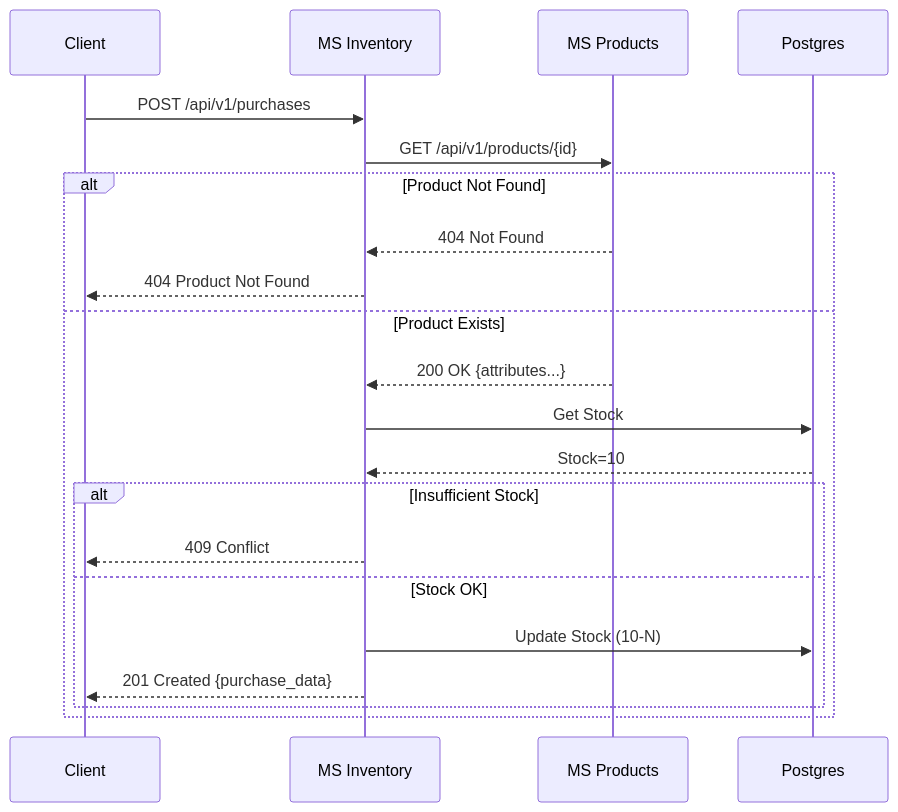
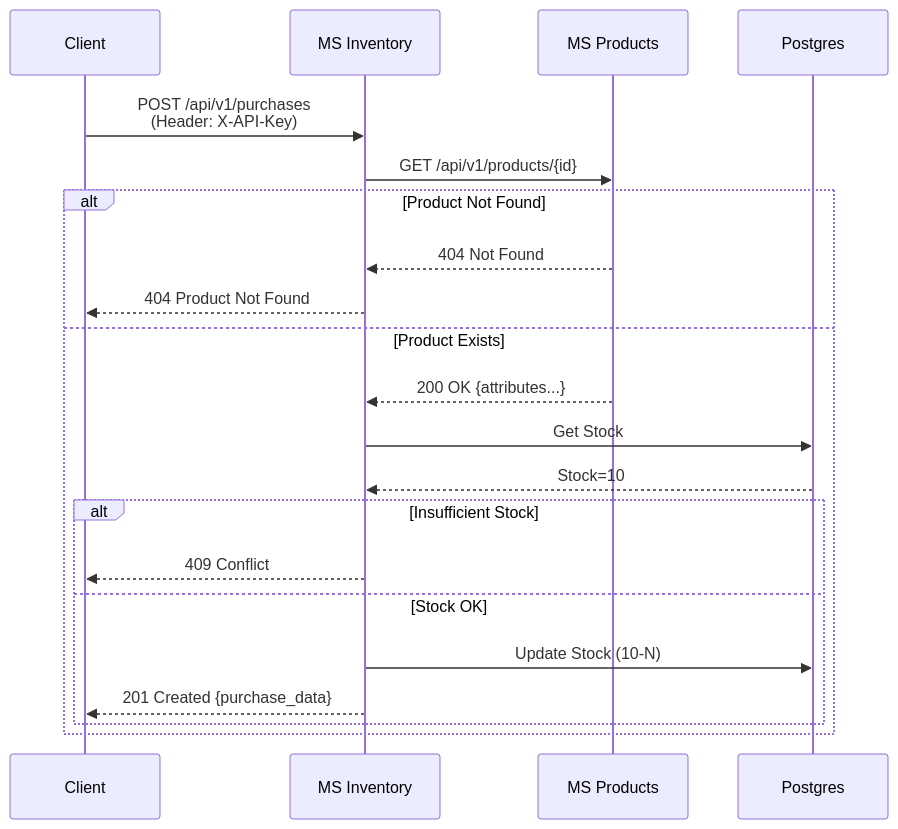
Before and after one commit to bamc300/ms-products-inventory: the second of 2 diagrams in README.md, drawn with Mermaid. The commit also changed other lines of this file, not shown here.

Commit message:
docs: update README with API Key authentication details

````diff
--- a/README.md
+++ b/README.md
@@ -223,24 +223,24 @@
 ```mermaid
 sequenceDiagram
     participant Client
     participant InventoryMS as MS Inventory
     participant ProductsMS as MS Products
     participant DB as Postgres
 
-    Client->>InventoryMS: POST /api/v1/purchases
+    Client->>InventoryMS: POST /api/v1/purchases<br/>(Header: X-API-Key)
     InventoryMS->>ProductsMS: GET /api/v1/products/{id}
     alt Product Not Found
         ProductsMS-->>InventoryMS: 404 Not Found
         InventoryMS-->>Client: 404 Product Not Found
     else Product Exists
         ProductsMS-->>InventoryMS: 200 OK {attributes...}
         InventoryMS->>DB: Get Stock
         DB-->>InventoryMS: Stock=10
         alt Insufficient Stock
             InventoryMS-->>Client: 409 Conflict
         else Stock OK
             InventoryMS->>DB: Update Stock (10-N)
             InventoryMS-->>Client: 201 Created {purchase_data}
         end
     end
 ```
````
